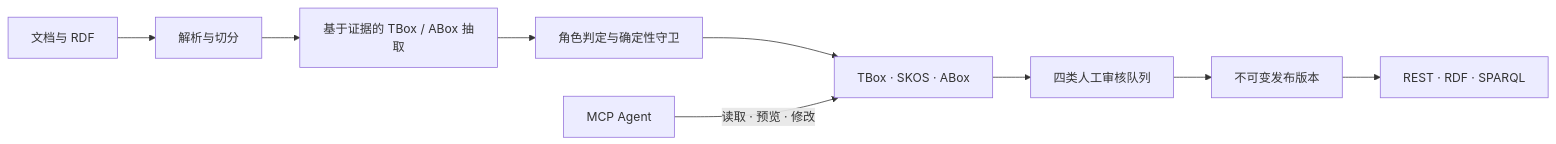
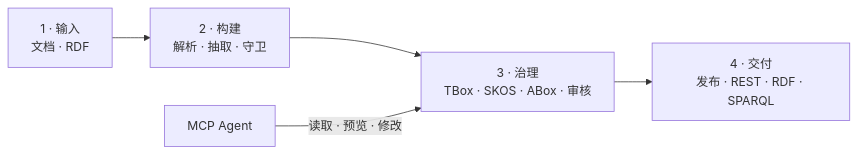
Before and after one commit to deeplethe/utopia: the first of 2 diagrams in README.zh-CN.md, drawn with Mermaid. The commit also changed other lines of this file and 5 other files, not shown here.

Commit message:
docs: enhance project visuals and roadmap

````diff
--- a/README.zh-CN.md
+++ b/README.zh-CN.md
@@ -74,11 +81,7 @@
 ```mermaid
 flowchart LR
-    SOURCE["文档与 RDF"] --> PARSE["解析与切分"]
-    PARSE --> EXTRACT["基于证据的 TBox / ABox 抽取"]
-    EXTRACT --> GUARD["角色判定与确定性守卫"]
-    GUARD --> GRAPHS["TBox · SKOS · ABox"]
-    GRAPHS --> REVIEW["四类人工审核队列"]
-    REVIEW --> RELEASE["不可变发布版本"]
-    RELEASE --> SERVE["REST · RDF · SPARQL"]
-    AGENT["MCP Agent"] -->|"读取 · 预览 · 修改"| GRAPHS
+    SOURCE["1 · 输入<br/>文档 · RDF"] --> BUILD["2 · 构建<br/>解析 · 抽取 · 守卫"]
+    BUILD --> GOVERN["3 · 治理<br/>TBox · SKOS · ABox · 审核"]
+    GOVERN --> DELIVER["4 · 交付<br/>发布 · REST · RDF · SPARQL"]
+    AGENT["MCP Agent"] -->|"读取 · 预览 · 修改"| GOVERN
 ```
````
